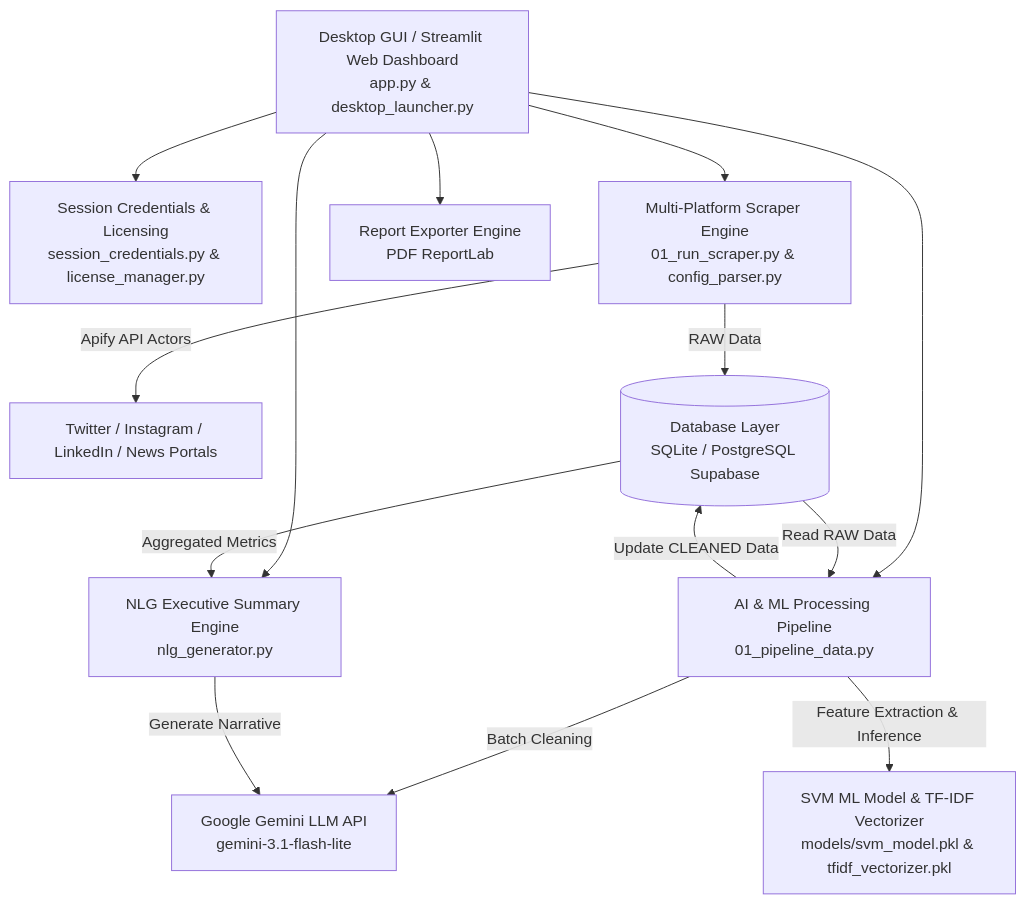
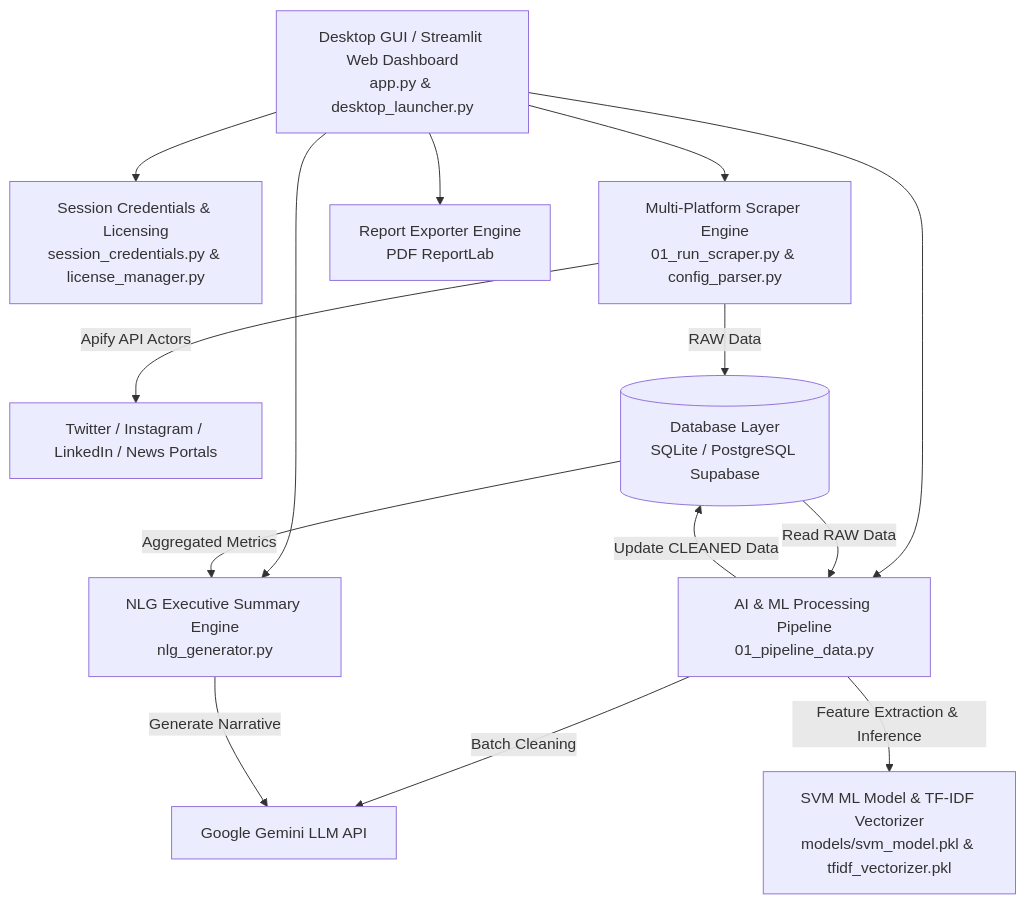
The diagram in README.md (ekacs/socmed-sentimen-analysis-pp), drawn with Mermaid before and after one commit. The commit also changed other lines of this file, not shown here.

Commit message:
Changes to be committed: 	modified:   README.md

````diff
--- a/README.md
+++ b/README.md
@@ -37,19 +37,19 @@
 ```mermaid
 graph TD
     UI[Desktop GUI / Streamlit Web Dashboard<br/>app.py & desktop_launcher.py] --> Session[Session Credentials & Licensing<br/>session_credentials.py & license_manager.py]
     UI --> Scraper[Multi-Platform Scraper Engine<br/>01_run_scraper.py & config_parser.py]
     Scraper -->|Apify API Actors| ExternalPlatforms[Twitter / Instagram / LinkedIn / News Portals]
     Scraper -->|RAW Data| DB[(Database Layer<br/>SQLite / PostgreSQL Supabase)]
   
     UI --> Pipeline[AI & ML Processing Pipeline<br/>01_pipeline_data.py]
     DB -->|Read RAW Data| Pipeline
-    Pipeline -->|Batch Cleaning| Gemini[Google Gemini LLM API<br/>gemini-3.1-flash-lite]
+    Pipeline -->|Batch Cleaning| Gemini[Google Gemini LLM API]
     Pipeline -->|Feature Extraction & Inference| SVMModel[SVM ML Model & TF-IDF Vectorizer<br/>models/svm_model.pkl & tfidf_vectorizer.pkl]
     Pipeline -->|Update CLEANED Data| DB
   
     UI --> NLG[NLG Executive Summary Engine<br/>nlg_generator.py]
     DB -->|Aggregated Metrics| NLG
     NLG -->|Generate Narrative| Gemini
   
     UI --> Export[Report Exporter Engine<br/>PDF ReportLab]
 ```
````
